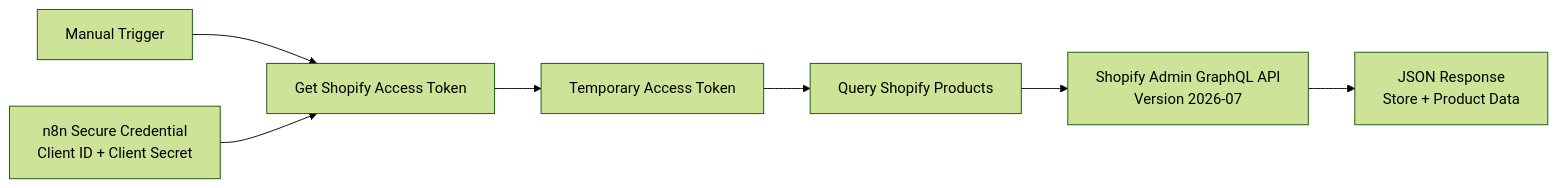
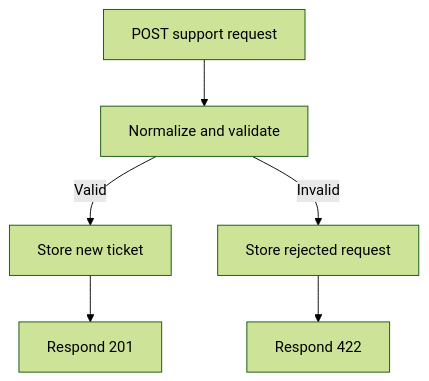
One commit to rehmannadeem/armans-shopify-supportops changed the diagram in README.md. Above: the diagram before and after it, drawn with Mermaid (forest theme). The commit also changed other lines of this file and 4 other files, not shown here.

Commit message:
Clarify SupportOps evidence and client-readiness scope

````diff
--- a/README.md
+++ b/README.md
@@ -23,9 +25,8 @@
 ```mermaid
-flowchart LR
-    A[Manual Trigger] --> B[Get Shopify Access Token]
-    G[n8n Secure Credential<br/>Client ID + Client Secret] --> B
-    B --> C[Temporary Access Token]
-    C --> D[Query Shopify Products]
-    D --> E[Shopify Admin GraphQL API<br/>Version 2026-07]
-    E --> F[JSON Response<br/>Store + Product Data]
+flowchart TD
+    A[POST support request] --> B[Normalize and validate]
+    B -->|Valid| C[Store new ticket]
+    B -->|Invalid| D[Store rejected request]
+    C --> E[Respond 201]
+    D --> F[Respond 422]
 ```
````
